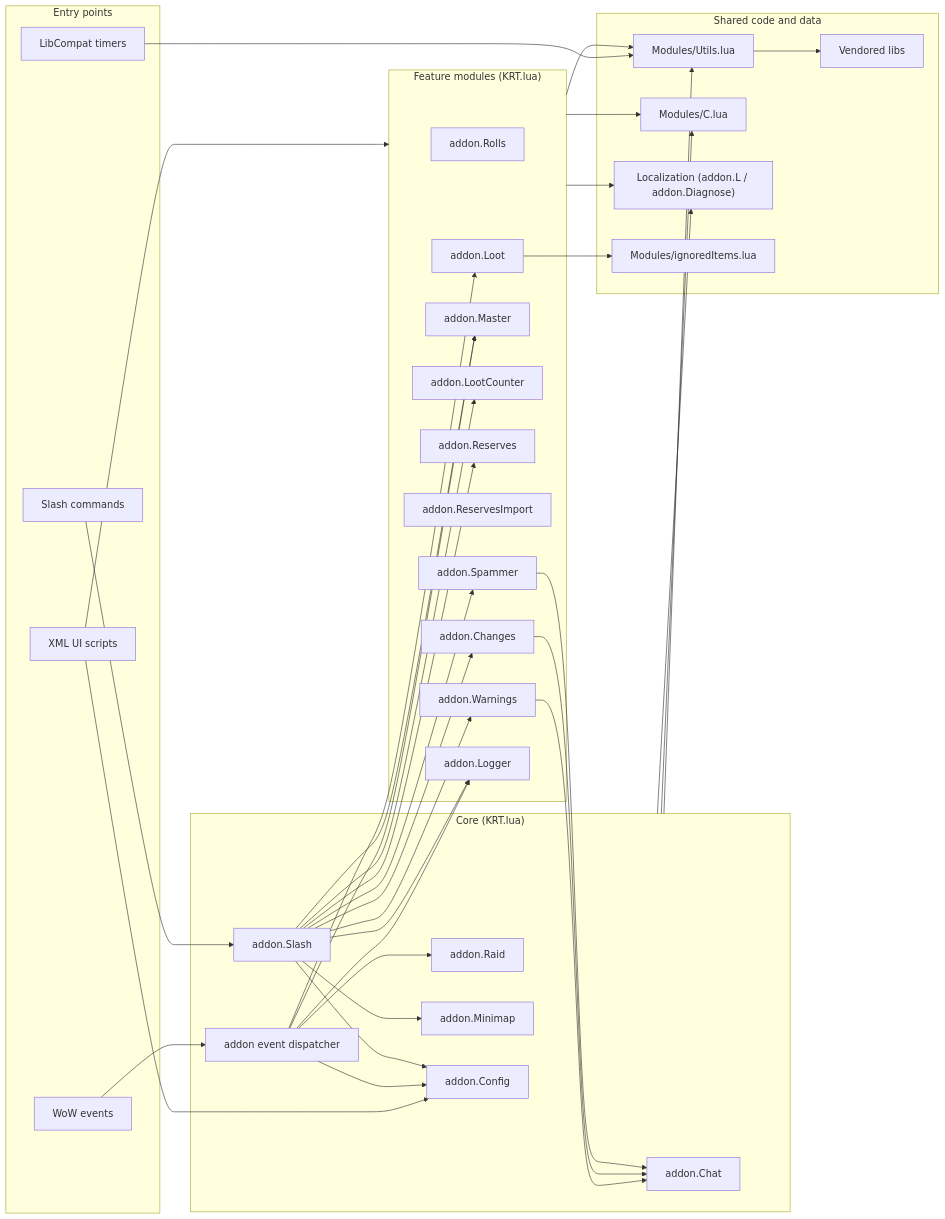
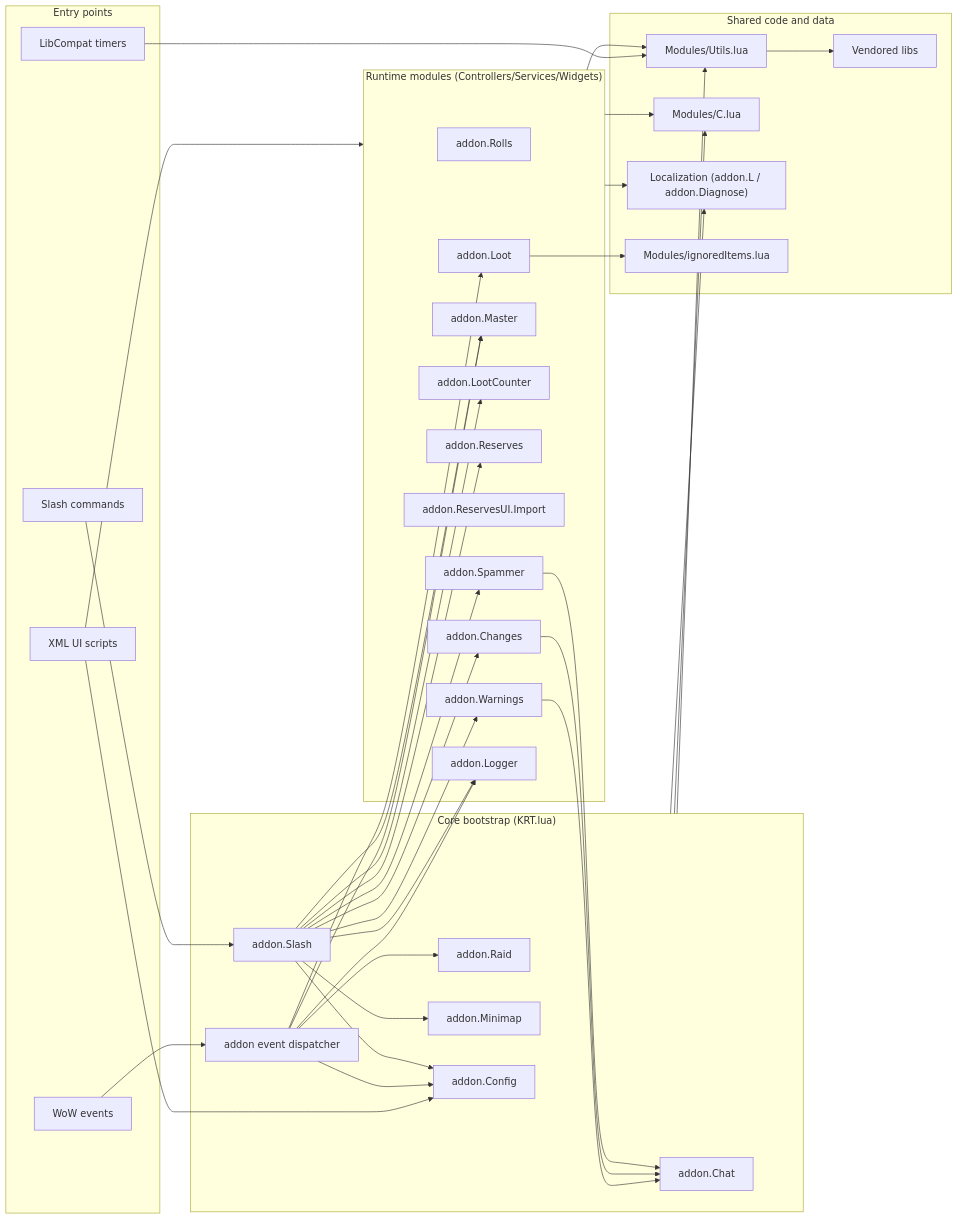
Before and after one commit to sk1zzovsmx/KRT-improved: the first of 2 diagrams in OVERVIEW.md, drawn with Mermaid. The commit also changed other lines of this file and 100 other files, not shown here.

Commit message:
refactor(ui,reserves): extract reserves widgets and add shared list infrastructure

````diff
--- a/OVERVIEW.md
+++ b/OVERVIEW.md
@@ -56,74 +63,74 @@
 ```mermaid
 flowchart LR
   subgraph EP["Entry points"]
     WEV["WoW events"]
     XUI["XML UI scripts"]
     SLC["Slash commands"]
     TMR["LibCompat timers"]
   end
 
-  subgraph CORE["Core (KRT.lua)"]
+  subgraph CORE["Core bootstrap (KRT.lua)"]
     EVT["addon event dispatcher"]
     Slash["addon.Slash"]
     Raid["addon.Raid"]
     Chat["addon.Chat"]
     Minimap["addon.Minimap"]
     Config["addon.Config"]
   end
 
-  subgraph FEATURES["Feature modules (KRT.lua)"]
+  subgraph FEATURES["Runtime modules (Controllers/Services/Widgets)"]
     Rolls["addon.Rolls"]
     Loot["addon.Loot"]
     Master["addon.Master"]
     LootCounter["addon.LootCounter"]
     Reserves["addon.Reserves"]
-    ReservesImport["addon.ReservesImport"]
+    ReservesImportWidget["addon.ReservesUI.Import"]
     Warnings["addon.Warnings"]
     Changes["addon.Changes"]
     Spammer["addon.Spammer"]
     Logger["addon.Logger"]
   end
 
   subgraph SHARED["Shared code and data"]
     Utils["Modules/Utils.lua"]
     Cmod["Modules/C.lua"]
     L10n["Localization (addon.L / addon.Diagnose)"]
     Ignored["Modules/ignoredItems.lua"]
     Libs["Vendored libs"]
   end
 
   WEV --> EVT
   XUI --> FEATURES
   XUI --> Config
   SLC --> Slash
   TMR --> Utils
 
   EVT --> Raid
   EVT --> Loot
   EVT --> Master
   EVT --> Logger
   EVT --> Config
 
   Slash --> Master
   Slash --> Reserves
   Slash --> LootCounter
   Slash --> Warnings
   Slash --> Changes
   Slash --> Spammer
   Slash --> Logger
   Slash --> Config
   Slash --> Minimap
 
   Warnings --> Chat
   Changes --> Chat
   Spammer --> Chat
 
   FEATURES --> Utils
   FEATURES --> Cmod
   FEATURES --> L10n
   CORE --> Utils
   CORE --> Cmod
   CORE --> L10n
   Loot --> Ignored
   Utils --> Libs
 ```
````
